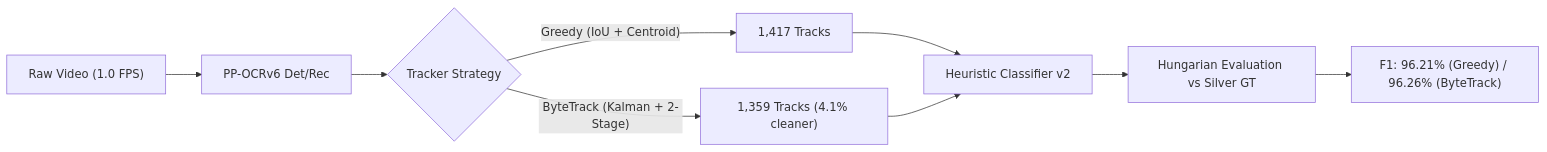
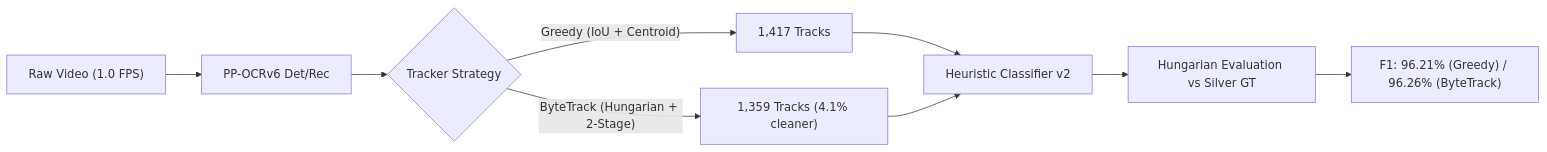
One commit to vincentlalo-long/lyra-ocr changed the diagram in README.md. Above: the diagram before and after it, drawn with Mermaid. The commit also changed other lines of this file and 4 other files, not shown here.

````diff
--- a/README.md
+++ b/README.md
@@ -29,11 +29,11 @@
 ```mermaid
 flowchart LR
     A["Raw Video (1.0 FPS)"] --> B["PP-OCRv6 Det/Rec"]
     B --> C{"Tracker Strategy"}
     C -->|"Greedy (IoU + Centroid)"| D["1,417 Tracks"]
-    C -->|"ByteTrack (Kalman + 2-Stage)"| E["1,359 Tracks (4.1% cleaner)"]
+    C -->|"ByteTrack (Hungarian + 2-Stage)"| E["1,359 Tracks (4.1% cleaner)"]
     D --> F["Heuristic Classifier v2"]
     E --> F
     F --> G["Hungarian Evaluation vs Silver GT"]
     G --> H["F1: 96.21% (Greedy) / 96.26% (ByteTrack)"]
 ```
````
